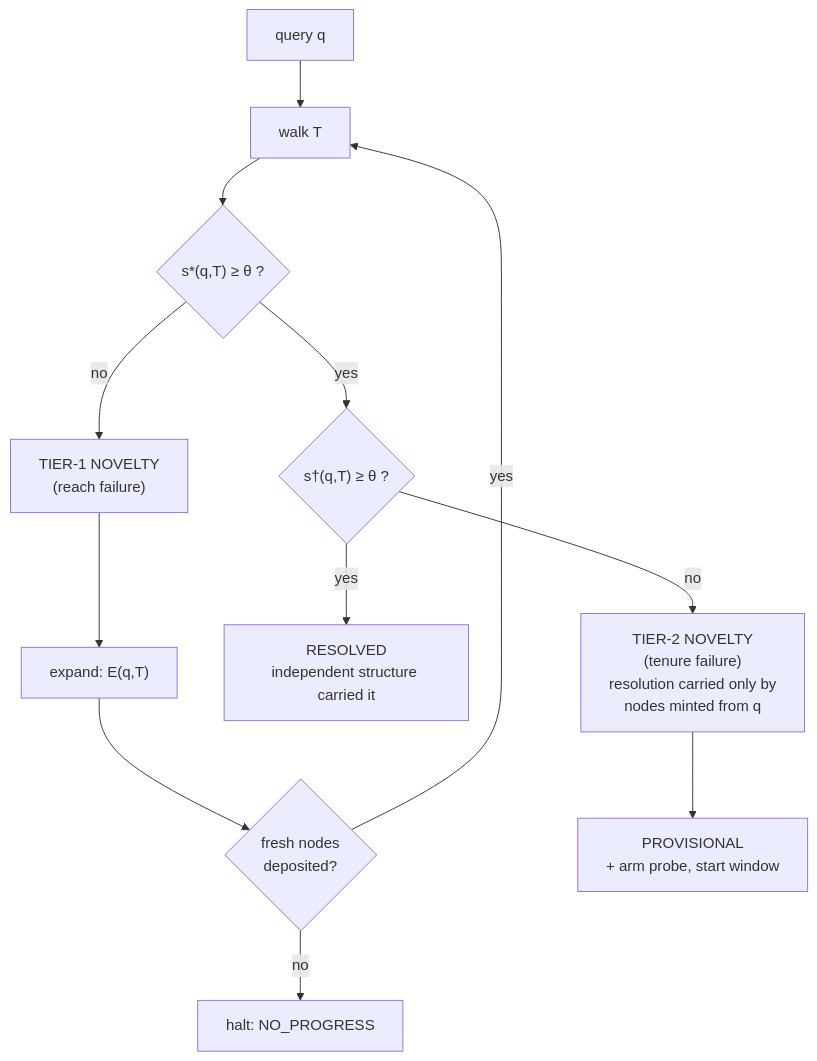
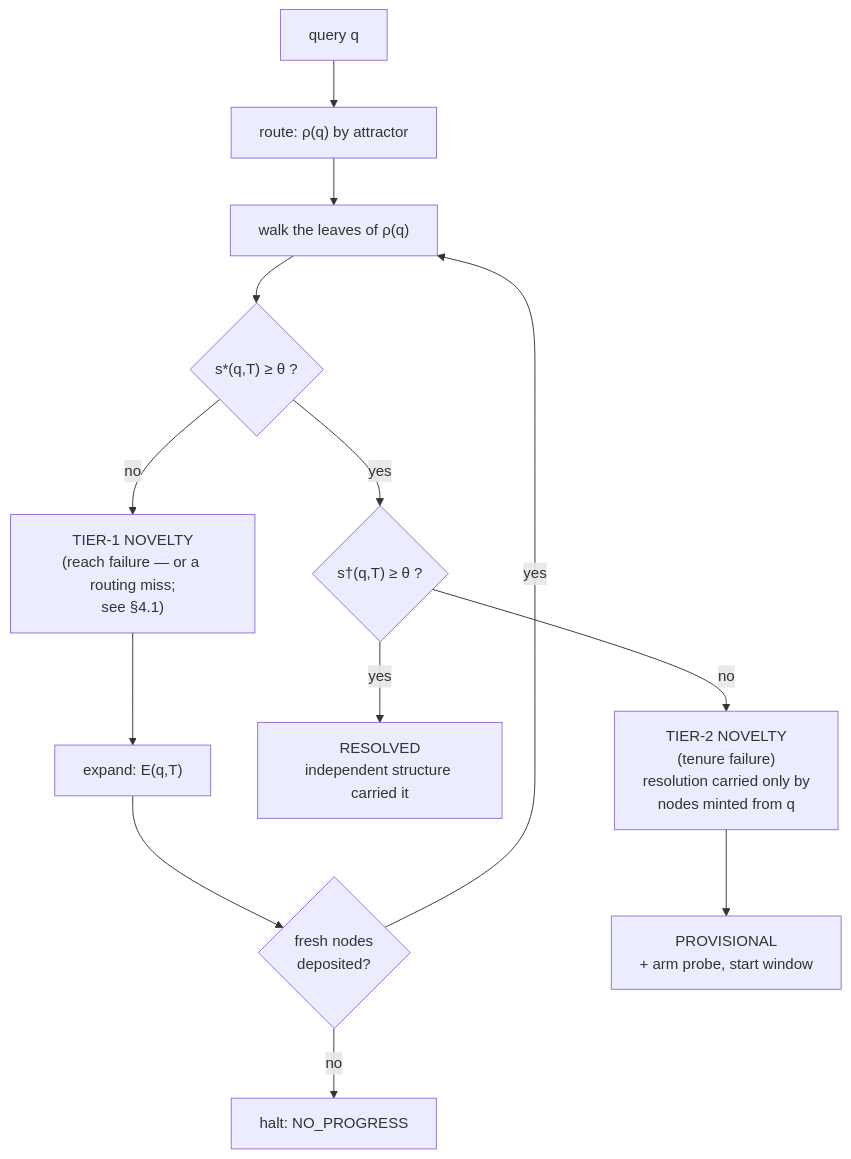
The first of 2 diagrams in press_office/NoveltyDrivenGraphTreeExpansion.md (akienm/cairn), drawn with Mermaid before and after one commit. The commit also changed other lines of this file and 3 other files, not shown here.

````diff
--- a/press_office/NoveltyDrivenGraphTreeExpansion.md
+++ b/press_office/NoveltyDrivenGraphTreeExpansion.md
@@ -199,14 +231,15 @@
 ```mermaid
 flowchart TD
-    Q["query q"] --> W["walk T"]
+    Q["query q"] --> RO["route: ρ(q) by attractor"]
+    RO --> W["walk the leaves of ρ(q)"]
     W --> T1{"s*(q,T) ≥ θ ?"}
-    T1 -->|no| N1["TIER-1 NOVELTY\n(reach failure)"]
+    T1 -->|no| N1["TIER-1 NOVELTY\n(reach failure — or a routing miss;\nsee §4.1)"]
     N1 --> X["expand: E(q,T)"]
     X --> PG{"fresh nodes\ndeposited?"}
     PG -->|no| STOP["halt: NO_PROGRESS"]
     PG -->|yes| W
     T1 -->|yes| T2{"s†(q,T) ≥ θ ?"}
     T2 -->|yes| RES["RESOLVED\nindependent structure carried it"]
     T2 -->|no| N2["TIER-2 NOVELTY\n(tenure failure)\nresolution carried only by\nnodes minted from q"]
     N2 --> PROV["PROVISIONAL\n+ arm probe, start window"]
 ```
````
